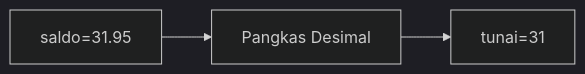
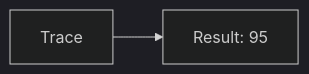
One commit to amnahwaida/OSNK_INF_PREP changed the third of 25 diagrams in part-c-pemahaman-cpp/01-tipe-data/latihan/set-12.md. Above: the diagram before and after it, drawn with Mermaid (dark theme). The commit also changed other lines of this file and 71 other files, not shown here.

````diff
--- a/part-c-pemahaman-cpp/01-tipe-data/latihan/set-12.md
+++ b/part-c-pemahaman-cpp/01-tipe-data/latihan/set-12.md
@@ -192,5 +64,4 @@
 ```mermaid
 graph LR
-A["saldo=31.95"] --> B["Pangkas Desimal"]
-B --> C["tunai=31"]
+A[Trace] --> B[Result: 95]
 ```
````
